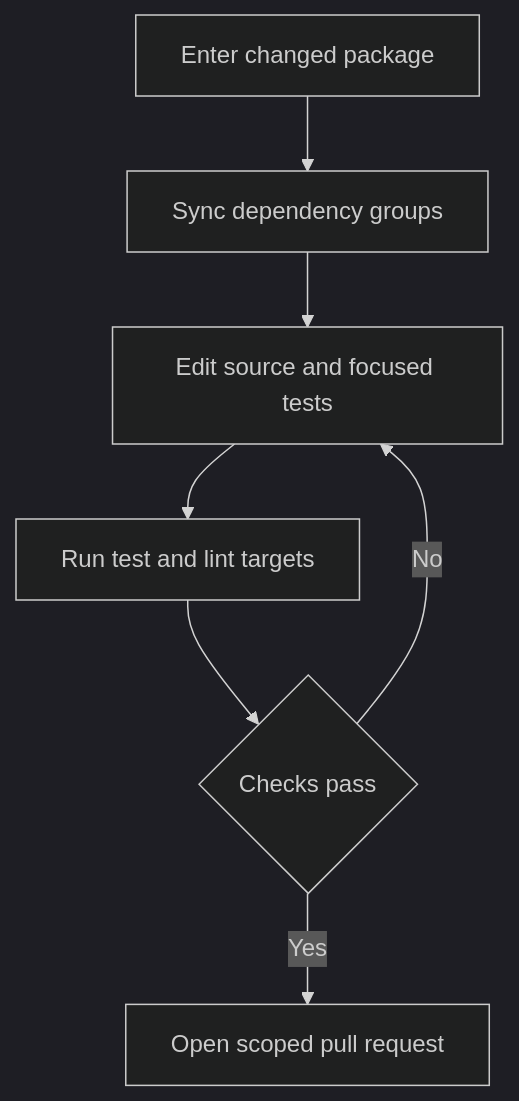
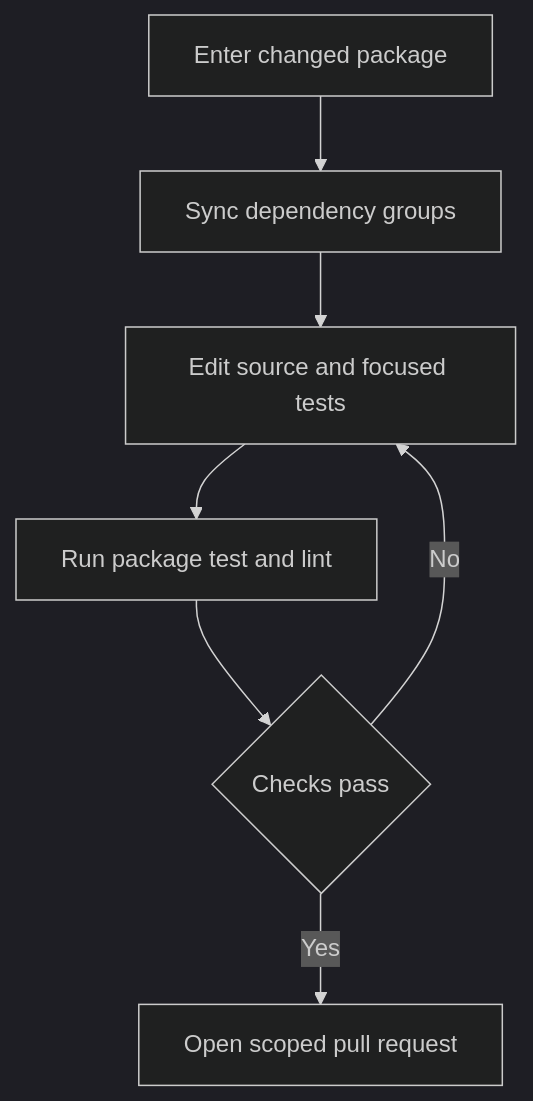
Before and after one commit to langchain-ai/deepagents: the first of 2 diagrams in openwiki/operations/development.md, drawn with Mermaid (dark theme). The commit also changed other lines of this file and 26 other files, not shown here.

````diff
--- a/openwiki/operations/development.md
+++ b/openwiki/operations/development.md
@@ -81,9 +87,9 @@
 ```mermaid
 flowchart TD
     Choose["Enter changed package"] --> Sync["Sync dependency groups"]
     Sync --> Edit["Edit source and focused tests"]
-    Edit --> Validate["Run test and lint targets"]
+    Edit --> Validate["Run package test and lint"]
     Validate --> Passed{"Checks pass"}
     Passed -->|"No"| Edit
-    Passed -->|"Yes"| PR["Open scoped pull request"]
+    Passed -->|"Yes"| PullRequest["Open scoped pull request"]
 ```
````
